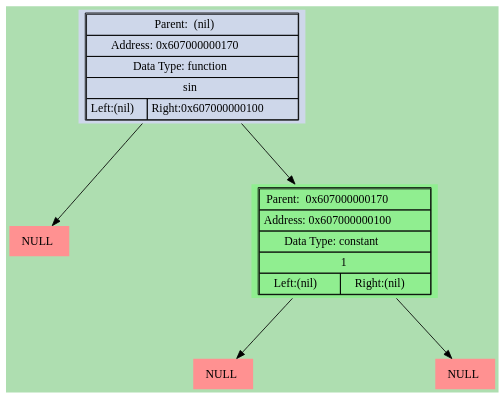
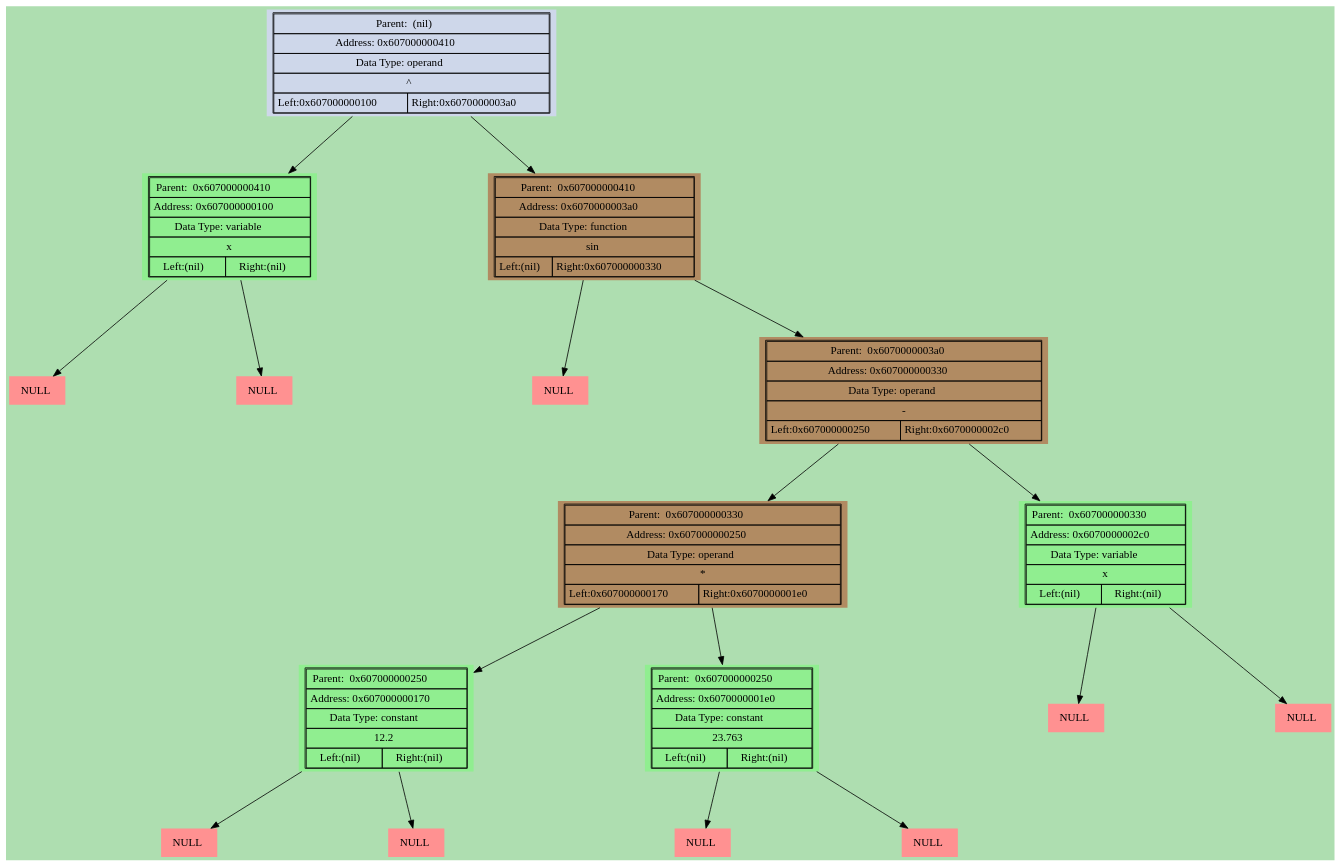
Before and after one commit to bgclutch/differentiator_ded: the diagram in dumps/graphic_dump.dot, drawn with Graphviz. The commit also changed 3 other files, not shown here.

```diff
--- a/dumps/graphic_dump.dot
+++ b/dumps/graphic_dump.dot
@@ -1,44 +1,128 @@
 digraph LIST{
 harset = "UTF-8";
 node [shape=plaintext];
 bgcolor = "#0000aa";
 fontcolor = black;
 fontsize = 18;
 style = "italic";
 margin = 1;
 ranksep = 1;
 nodesep = 3;
 bgcolor = "#aedeb0";
-"0x6070000001a8" [style = "filled", fillcolor = "#ff9191", label=<
-<table border = "0" cellspacing="2" cellpadding="4">
-<tr><td>NULL</td></tr></table>>];
-
-"0x607000000170" -> "0x6070000001a8";
 "0x607000000100" [style = "filled", fillcolor = "lightgreen",label=<
 <table border="1" cellspacing="0" cellpadding="4">
-<tr><td colspan="2">Parent:  0x607000000170</td></tr>
+<tr><td colspan="2">Parent:  0x607000000410</td></tr>
 <tr><td colspan="2">Address: 0x607000000100</td></tr>
-<tr><td colspan="2">Data Type: constant</td></tr>
-<tr><td colspan="2">1</td></tr>
+<tr><td colspan="2">Data Type: variable</td></tr>
+<tr><td colspan="2">x</td></tr>
 <tr><td align = "center" >Left:(nil)</td><td align = "center" >Right:(nil)</td></tr></table>>];
 
-"0x607000000170" -> "0x607000000100";
+"0x607000000410" -> "0x607000000100";
 "0x607000000100" -> "0x607000000138";
 "0x607000000138" [style = "filled", fillcolor = "#ff9191", label=<
 <table border = "0" cellspacing="2" cellpadding="4">
 <tr><td>NULL</td></tr></table>>];
 
 "0x607000000100" -> "0x607000000140";
 "0x607000000140" [style = "filled", fillcolor = "#ff9191", label=<
 <table border = "0" cellspacing="2" cellpadding="4">
 <tr><td>NULL</td></tr></table>>];
 
-"0x607000000170" [style = "filled", fillcolor = "#ced7ea",label=<
+"0x6070000003a0" [style = "filled", fillcolor = "#b18b62",label=<
+<table border="1" cellspacing="0" cellpadding="4">
+<tr><td colspan="2">Parent:  0x607000000410</td></tr>
+<tr><td colspan="2">Address: 0x6070000003a0</td></tr>
+<tr><td colspan="2">Data Type: function</td></tr>
+<tr><td colspan="2">sin</td></tr>
+<tr><td align = "center" >Left:(nil)</td><td align = "center" >Right:0x607000000330</td></tr></table>>];
+
+"0x607000000410" -> "0x6070000003a0";
+"0x6070000003a0" -> "0x6070000003d8";
+"0x6070000003d8" [style = "filled", fillcolor = "#ff9191", label=<
+<table border = "0" cellspacing="2" cellpadding="4">
+<tr><td>NULL</td></tr></table>>];
+
+"0x607000000330" [style = "filled", fillcolor = "#b18b62",label=<
+<table border="1" cellspacing="0" cellpadding="4">
+<tr><td colspan="2">Parent:  0x6070000003a0</td></tr>
+<tr><td colspan="2">Address: 0x607000000330</td></tr>
+<tr><td colspan="2">Data Type: operand</td></tr>
+<tr><td colspan="2">-</td></tr>
+<tr><td align = "center" >Left:0x607000000250</td><td align = "center" >Right:0x6070000002c0</td></tr></table>>];
+
+"0x6070000003a0" -> "0x607000000330";
+"0x607000000250" [style = "filled", fillcolor = "#b18b62",label=<
+<table border="1" cellspacing="0" cellpadding="4">
+<tr><td colspan="2">Parent:  0x607000000330</td></tr>
+<tr><td colspan="2">Address: 0x607000000250</td></tr>
+<tr><td colspan="2">Data Type: operand</td></tr>
+<tr><td colspan="2">*</td></tr>
+<tr><td align = "center" >Left:0x607000000170</td><td align = "center" >Right:0x6070000001e0</td></tr></table>>];
+
+"0x607000000330" -> "0x607000000250";
+"0x607000000170" [style = "filled", fillcolor = "lightgreen",label=<
+<table border="1" cellspacing="0" cellpadding="4">
+<tr><td colspan="2">Parent:  0x607000000250</td></tr>
+<tr><td colspan="2">Address: 0x607000000170</td></tr>
+<tr><td colspan="2">Data Type: constant</td></tr>
+<tr><td colspan="2">12.2</td></tr>
+<tr><td align = "center" >Left:(nil)</td><td align = "center" >Right:(nil)</td></tr></table>>];
+
+"0x607000000250" -> "0x607000000170";
+"0x607000000170" -> "0x6070000001a8";
+"0x6070000001a8" [style = "filled", fillcolor = "#ff9191", label=<
+<table border = "0" cellspacing="2" cellpadding="4">
+<tr><td>NULL</td></tr></table>>];
+
+"0x607000000170" -> "0x6070000001b0";
+"0x6070000001b0" [style = "filled", fillcolor = "#ff9191", label=<
+<table border = "0" cellspacing="2" cellpadding="4">
+<tr><td>NULL</td></tr></table>>];
+
+"0x6070000001e0" [style = "filled", fillcolor = "lightgreen",label=<
+<table border="1" cellspacing="0" cellpadding="4">
+<tr><td colspan="2">Parent:  0x607000000250</td></tr>
+<tr><td colspan="2">Address: 0x6070000001e0</td></tr>
+<tr><td colspan="2">Data Type: constant</td></tr>
+<tr><td colspan="2">23.763</td></tr>
+<tr><td align = "center" >Left:(nil)</td><td align = "center" >Right:(nil)</td></tr></table>>];
+
+"0x607000000250" -> "0x6070000001e0";
+"0x6070000001e0" -> "0x607000000218";
+"0x607000000218" [style = "filled", fillcolor = "#ff9191", label=<
+<table border = "0" cellspacing="2" cellpadding="4">
+<tr><td>NULL</td></tr></table>>];
+
+"0x6070000001e0" -> "0x607000000220";
+"0x607000000220" [style = "filled", fillcolor = "#ff9191", label=<
+<table border = "0" cellspacing="2" cellpadding="4">
+<tr><td>NULL</td></tr></table>>];
+
+"0x6070000002c0" [style = "filled", fillcolor = "lightgreen",label=<
+<table border="1" cellspacing="0" cellpadding="4">
+<tr><td colspan="2">Parent:  0x607000000330</td></tr>
+<tr><td colspan="2">Address: 0x6070000002c0</td></tr>
+<tr><td colspan="2">Data Type: variable</td></tr>
+<tr><td colspan="2">x</td></tr>
+<tr><td align = "center" >Left:(nil)</td><td align = "center" >Right:(nil)</td></tr></table>>];
+
+"0x607000000330" -> "0x6070000002c0";
+"0x6070000002c0" -> "0x6070000002f8";
+"0x6070000002f8" [style = "filled", fillcolor = "#ff9191", label=<
+<table border = "0" cellspacing="2" cellpadding="4">
+<tr><td>NULL</td></tr></table>>];
+
+"0x6070000002c0" -> "0x607000000300";
+"0x607000000300" [style = "filled", fillcolor = "#ff9191", label=<
+<table border = "0" cellspacing="2" cellpadding="4">
+<tr><td>NULL</td></tr></table>>];
+
+"0x607000000410" [style = "filled", fillcolor = "#ced7ea",label=<
 <table border="1" cellspacing="0" cellpadding="4">
 <tr><td colspan="2">Parent:  (nil)</td></tr>
-<tr><td colspan="2">Address: 0x607000000170</td></tr>
-<tr><td colspan="2">Data Type: function</td></tr>
-<tr><td colspan="2">sin</td></tr>
-<tr><td align = "center" >Left:(nil)</td><td align = "center" >Right:0x607000000100</td></tr></table>>];
+<tr><td colspan="2">Address: 0x607000000410</td></tr>
+<tr><td colspan="2">Data Type: operand</td></tr>
+<tr><td colspan="2">^</td></tr>
+<tr><td align = "center" >Left:0x607000000100</td><td align = "center" >Right:0x6070000003a0</td></tr></table>>];
 
 }
```
